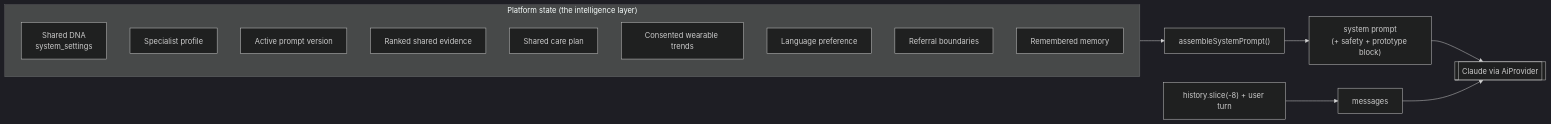
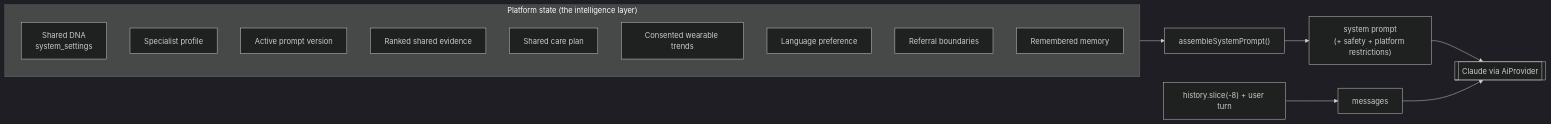
Before and after one commit to jayjay77uk/Juice-doctor: the second of 4 diagrams in docs/architecture/21-herne-live-ai.md, drawn with Mermaid (dark theme). The commit also changed other lines of this file and 115 other files, not shown here.

````diff
--- a/docs/architecture/21-herne-live-ai.md
+++ b/docs/architecture/21-herne-live-ai.md
@@ -86,19 +87,19 @@
 ```mermaid
 flowchart LR
     subgraph platform["Platform state (the intelligence layer)"]
       DNA[Shared DNA<br/>system_settings]
       PROF[Specialist profile]
       PV[Active prompt version]
       EV[Ranked shared evidence]
       CP[Shared care plan]
       WE[Consented wearable trends]
       LANG[Language preference]
       REF[Referral boundaries]
       MEM[Remembered memory]
     end
     platform --> ASM["assembleSystemPrompt()"]
-    ASM --> SYS["system prompt<br/>(+ safety + prototype block)"]
+    ASM --> SYS["system prompt<br/>(+ safety + platform restrictions)"]
     HIST["history.slice(-8) + user turn"] --> MSGS[messages]
     SYS --> CLAUDE[[Claude via AiProvider]]
     MSGS --> CLAUDE
 ```
````
